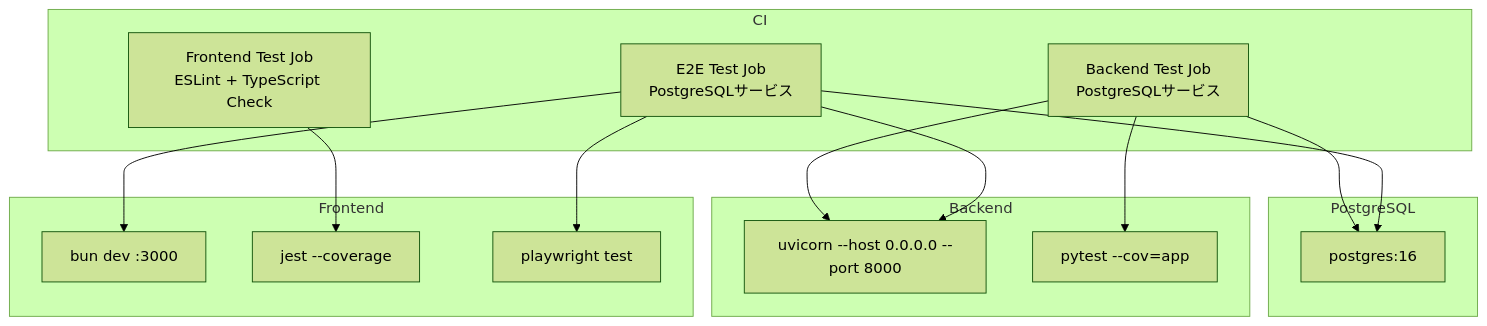
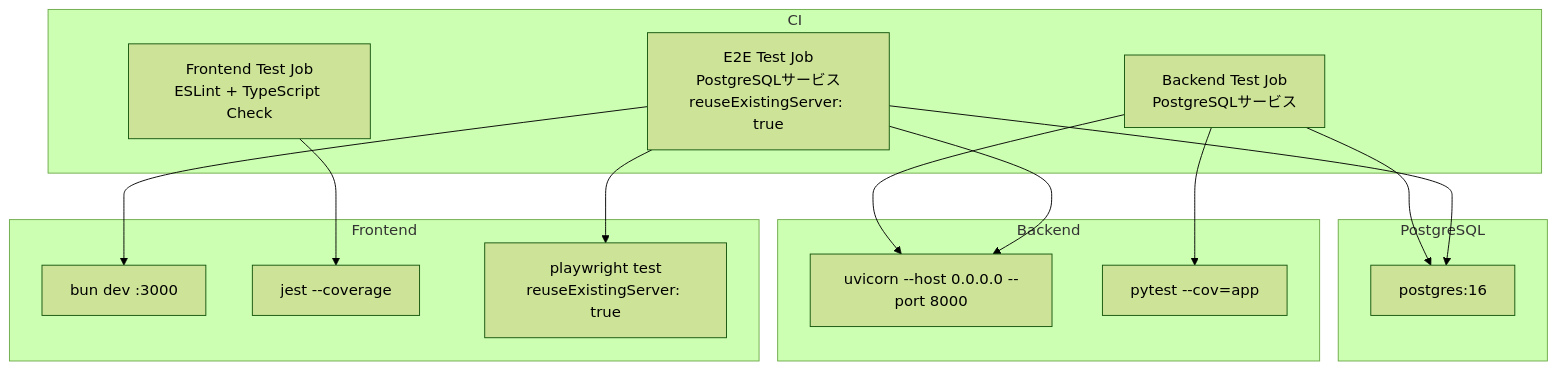
Before and after one commit to ss8806/Todos: the second of 5 diagrams in .qoder/repowiki/ja/content/トラブルシューティング/テストの実行と問題解決.md, drawn with Mermaid (forest theme). The commit also changed other lines of this file and 9 other files, not shown here.

````diff
--- a/.qoder/repowiki/ja/content/トラブルシューティング/テストの実行と問題解決.md
+++ b/.qoder/repowiki/ja/content/トラブルシューティング/テストの実行と問題解決.md
@@ -153,28 +155,28 @@
 ```mermaid
 graph TB
 subgraph "CI"
 CI_BE["Backend Test Job<br/>PostgreSQLサービス"]
 CI_FE["Frontend Test Job<br/>ESLint + TypeScript Check"]
-CI_E2E["E2E Test Job<br/>PostgreSQLサービス"]
+CI_E2E["E2E Test Job<br/>PostgreSQLサービス<br/>reuseExistingServer: true"]
 end
 subgraph "PostgreSQL"
 PG["postgres:16"]
 end
 subgraph "Backend"
 BE_SRV["uvicorn --host 0.0.0.0 --port 8000"]
 BE_TEST["pytest --cov=app"]
 end
 subgraph "Frontend"
 FE_SRV["bun dev :3000"]
 FE_TEST["jest --coverage"]
-PW["playwright test"]
+PW["playwright test<br/>reuseExistingServer: true"]
 end
 CI_BE --> PG
 CI_BE --> BE_SRV
 CI_BE --> BE_TEST
 CI_FE --> FE_TEST
 CI_E2E --> PG
 CI_E2E --> BE_SRV
 CI_E2E --> FE_SRV
 CI_E2E --> PW
 ```
````
